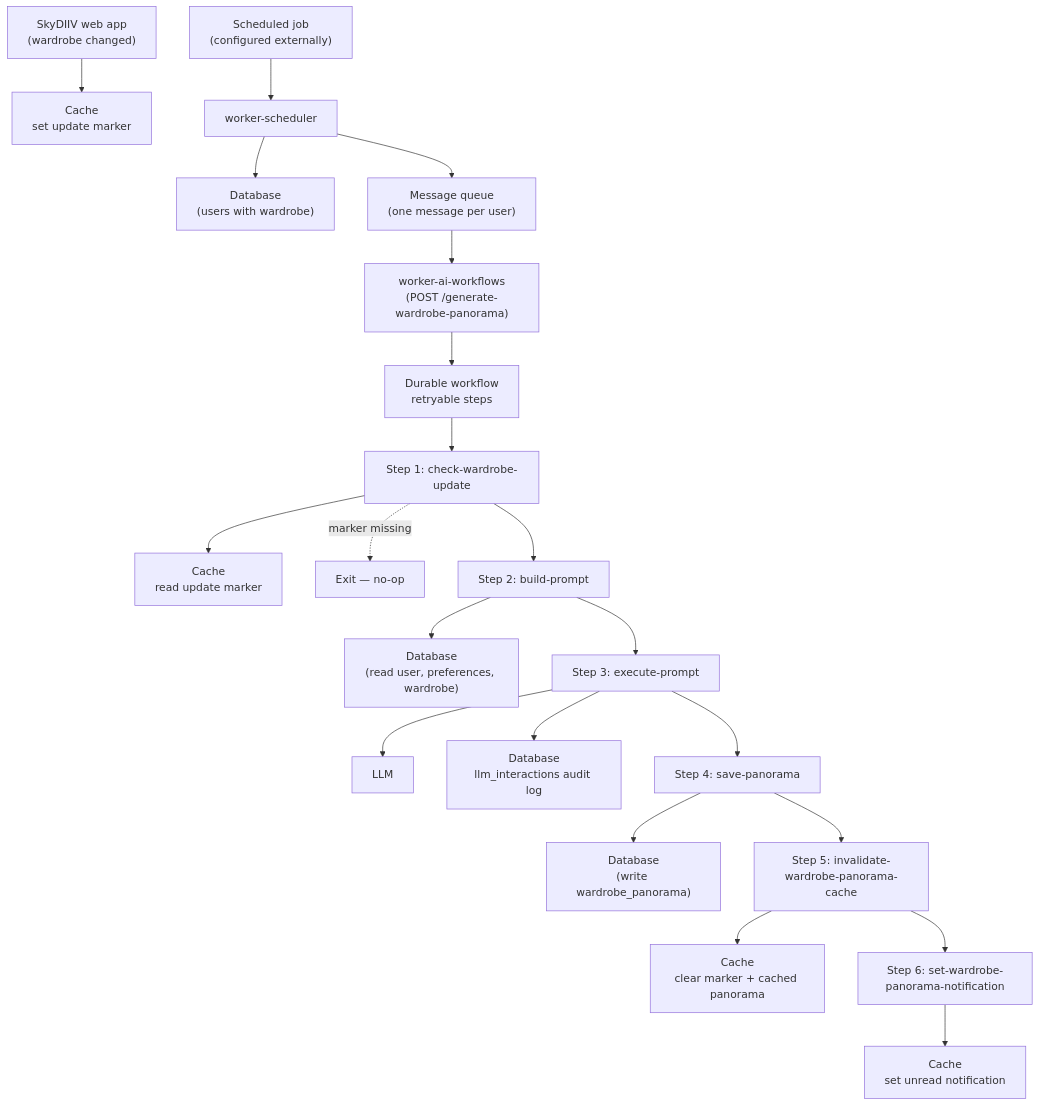
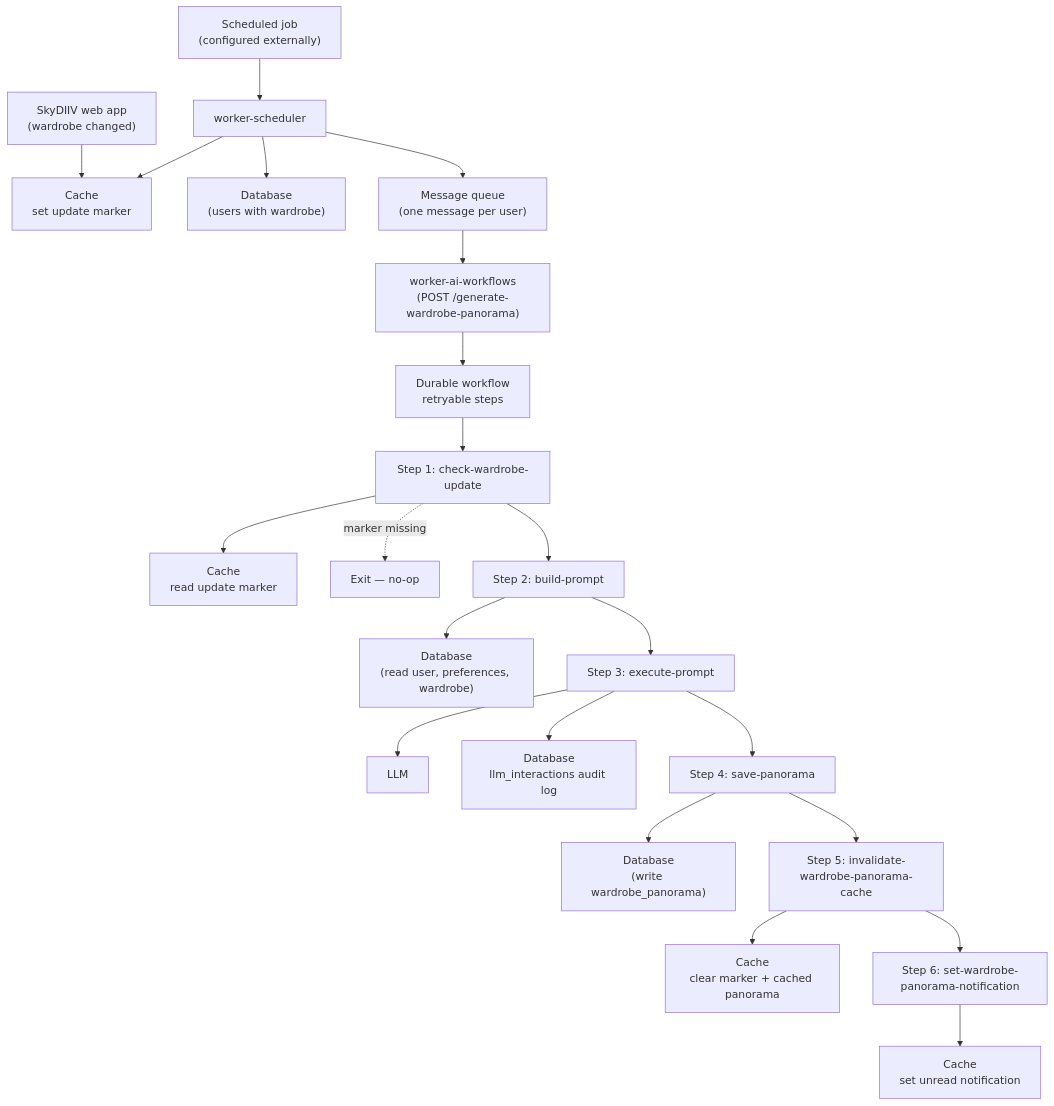
One commit to emmanuelviniciusdev/SkyDIIV--backstage changed the first of 2 diagrams in apps/worker-ai-workflows/docs/WARDROBE_PANORAMA_WORKFLOW.md. Above: the diagram before and after it, drawn with Mermaid. The commit also changed other lines of this file and 7 other files, not shown here.

````diff
--- a/apps/worker-ai-workflows/docs/WARDROBE_PANORAMA_WORKFLOW.md
+++ b/apps/worker-ai-workflows/docs/WARDROBE_PANORAMA_WORKFLOW.md
@@ -27,38 +27,39 @@
 ```mermaid
 graph TD
     WEB["SkyDIIV web app\n(wardrobe changed)"]
     CACHE0["Cache\nset update marker"]
     CRON["Scheduled job\n(configured externally)"]
     SCHED["worker-scheduler"]
     DB0["Database\n(users with wardrobe)"]
     MQ["Message queue\n(one message per user)"]
     WORKER["worker-ai-workflows\n(POST /generate-wardrobe-panorama)"]
     WF["Durable workflow\nretryable steps"]
 
     WEB --> CACHE0
     CRON --> SCHED
     SCHED --> DB0
+    SCHED --> CACHE0
     SCHED --> MQ
     MQ --> WORKER
     WORKER --> WF
 
     WF --> S1["Step 1: check-wardrobe-update"]
     S1 --> CACHE1["Cache\nread update marker"]
     S1 -.->|marker missing| SKIP["Exit — no-op"]
 
     S1 --> S2["Step 2: build-prompt"]
     S2 --> DB1["Database\n(read user, preferences, wardrobe)"]
 
     S2 --> S3["Step 3: execute-prompt"]
     S3 --> LLM["LLM"]
     S3 --> LLMLOG["Database\nllm_interactions audit log"]
 
     S3 --> S4["Step 4: save-panorama"]
     S4 --> DB2["Database\n(write wardrobe_panorama)"]
 
     S4 --> S5["Step 5: invalidate-wardrobe-panorama-cache"]
     S5 --> CACHE2["Cache\nclear marker + cached panorama"]
 
     S5 --> S6["Step 6: set-wardrobe-panorama-notification"]
     S6 --> CACHE3["Cache\nset unread notification"]
 ```
````
